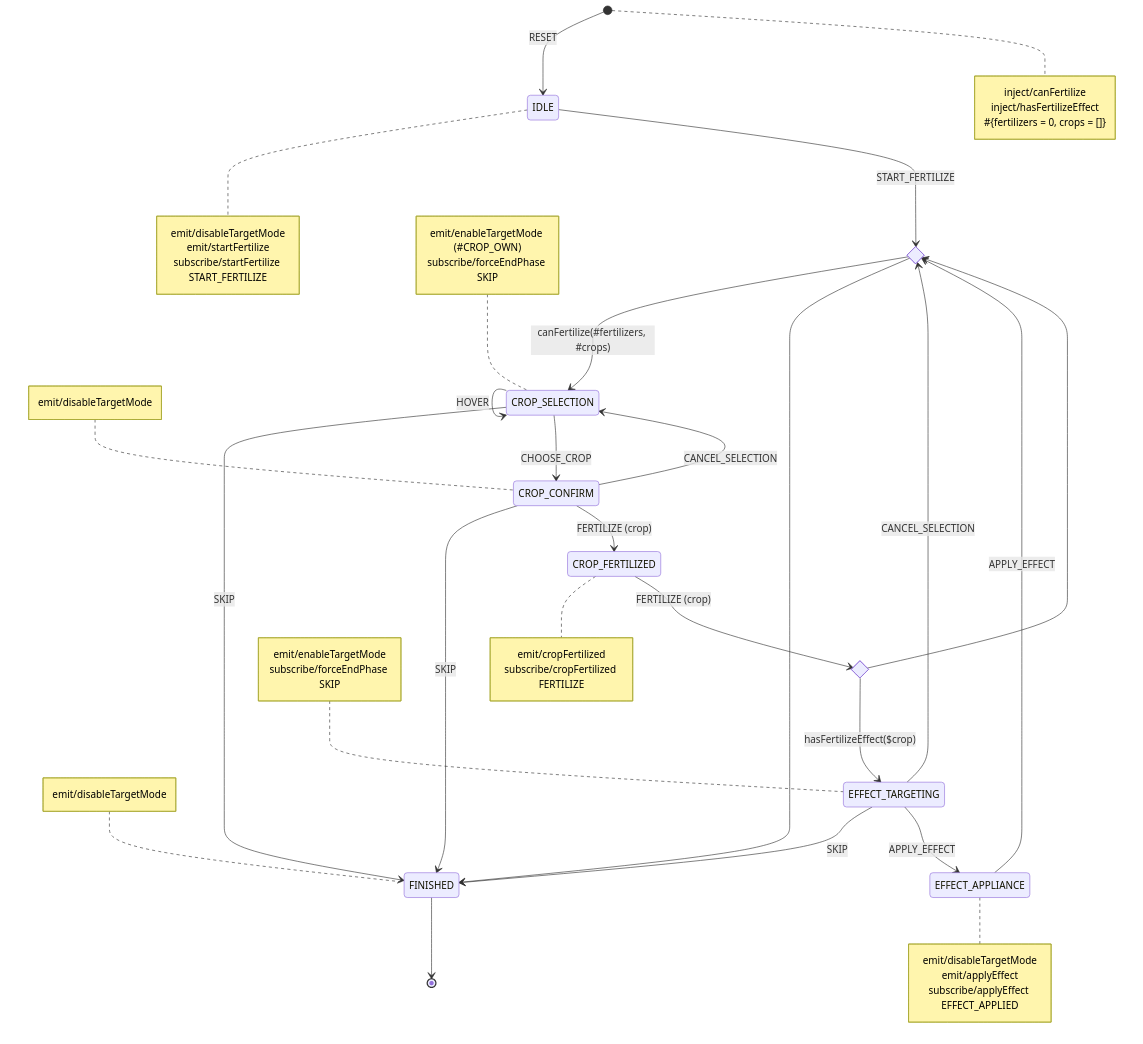
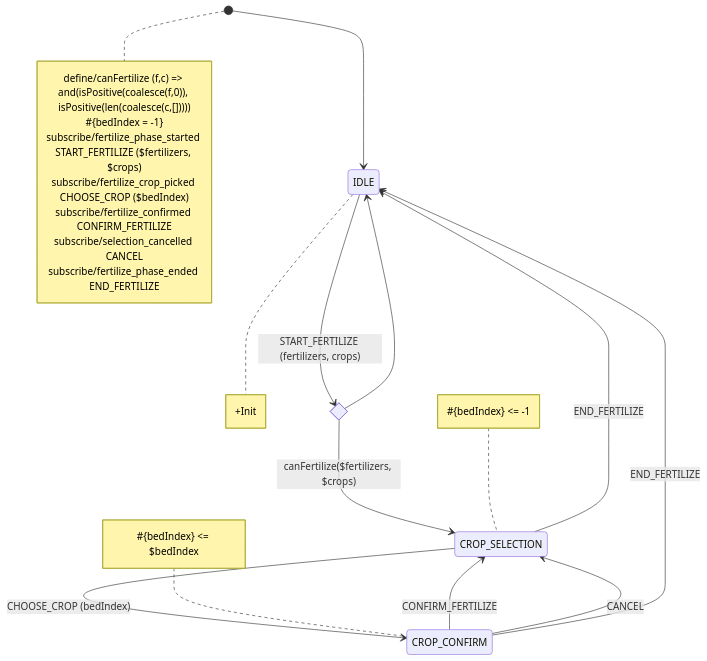
The diagram in src/shared/lib/fsm/diagrams/fertilizing.mermaid (tfcp68/battle-farm), drawn with Mermaid before and after one commit. The commit also changed 9 other files, not shown here.

```diff
--- a/src/shared/lib/fsm/diagrams/fertilizing.mermaid
+++ b/src/shared/lib/fsm/diagrams/fertilizing.mermaid
@@ -1,54 +1,33 @@
 stateDiagram-v2
-    [*] --> IDLE: RESET
-    note right of [*]
-        inject/canFertilize
-        inject/hasFertilizeEffect
-        #{fertilizers = 0, crops = []}
-    end note
-    note right of IDLE
-        emit/disableTargetMode
-        emit/startFertilize
-        subscribe/startFertilize START_FERTILIZE
-    end note
+    [*] --> IDLE
     state canApply <<choice>>
-    IDLE --> canApply: START_FERTILIZE
-    canApply --> CROP_SELECTION: canFertilize(#fertilizers, #crops)
-    canApply --> FINISHED
-    note left of CROP_SELECTION
-        emit/enableTargetMode (#CROP_OWN)
-        subscribe/forceEndPhase SKIP
-    end note
-    CROP_SELECTION --> CROP_SELECTION: HOVER
-    CROP_SELECTION --> FINISHED: SKIP
-    CROP_SELECTION --> CROP_CONFIRM: CHOOSE_CROP
-    note left of CROP_CONFIRM
-        emit/disableTargetMode
-    end note
-    state hasFertilizeEffect <<choice>>
-    CROP_CONFIRM --> FINISHED: SKIP
-    CROP_CONFIRM --> CROP_SELECTION: CANCEL_SELECTION
-    CROP_CONFIRM --> CROP_FERTILIZED: FERTILIZE (crop)
-    note right of CROP_FERTILIZED
-        emit/cropFertilized
-        subscribe/cropFertilized FERTILIZE
-    end note
-    CROP_FERTILIZED --> hasFertilizeEffect: FERTILIZE (crop)
-    hasFertilizeEffect --> EFFECT_TARGETING: hasFertilizeEffect($crop)
-    hasFertilizeEffect --> canApply
-    note left of EFFECT_TARGETING
-        emit/enableTargetMode
-        subscribe/forceEndPhase SKIP
-    end note
-    EFFECT_TARGETING --> canApply: CANCEL_SELECTION
-    EFFECT_TARGETING --> FINISHED: SKIP
-    EFFECT_TARGETING --> EFFECT_APPLIANCE: APPLY_EFFECT
-    note right of EFFECT_APPLIANCE
-        emit/disableTargetMode
-        emit/applyEffect
-        subscribe/applyEffect EFFECT_APPLIED
-    end note
-    EFFECT_APPLIANCE --> canApply: APPLY_EFFECT
-    FINISHED --> [*]
-    note left of FINISHED
-        emit/disableTargetMode
-    end note
+    IDLE --> canApply: START_FERTILIZE (fertilizers, crops)
+    canApply --> CROP_SELECTION: canFertilize($fertilizers, $crops)
+    canApply --> IDLE
+    CROP_SELECTION --> CROP_CONFIRM: CHOOSE_CROP (bedIndex)
+    CROP_CONFIRM --> CROP_SELECTION: CONFIRM_FERTILIZE
+    CROP_CONFIRM --> CROP_SELECTION: CANCEL
+    CROP_SELECTION --> IDLE: END_FERTILIZE
+    CROP_CONFIRM --> IDLE: END_FERTILIZE
+
+note right of IDLE
++Init
+end note
+
+note right of [*]
+define/canFertilize (f,c) => and(isPositive(coalesce(f,0)), isPositive(len(coalesce(c,[]))))
+#{bedIndex = -1}
+subscribe/fertilize_phase_started START_FERTILIZE ($fertilizers, $crops)
+subscribe/fertilize_crop_picked CHOOSE_CROP ($bedIndex)
+subscribe/fertilize_confirmed CONFIRM_FERTILIZE
+subscribe/selection_cancelled CANCEL
+subscribe/fertilize_phase_ended END_FERTILIZE
+end note
+
+note left of CROP_SELECTION
+#{bedIndex} <= -1
+end note
+
+note left of CROP_CONFIRM
+#{bedIndex} <= $bedIndex
+end note
```
